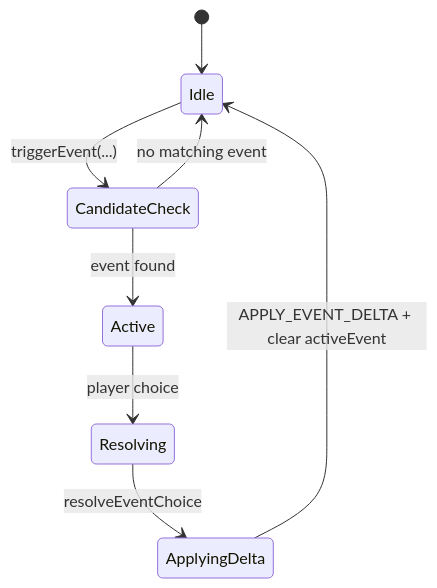
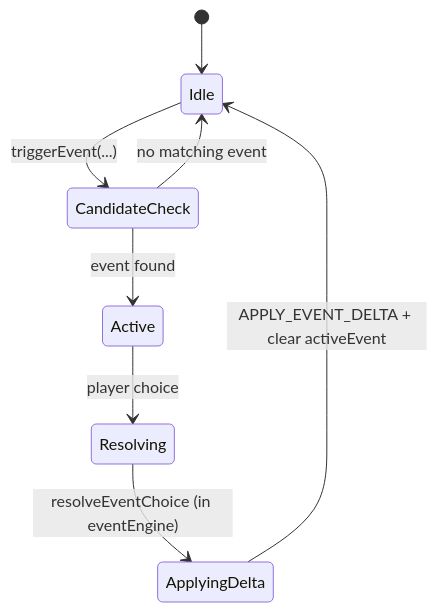
Before and after one commit to DaFum/neurotoxic-game: the second of 2 diagrams in docs/STATE_TRANSITIONS.md, drawn with Mermaid. The commit also changed 2 other files, not shown here.

Commit message:
docs: update AGENTS.md, ARCHITECTURE.md, and STATE_TRANSITIONS.md to match codebase
- Updated `AGENTS.md` to reflect new directory structure (audio utils, stage utils).
- Updated `docs/ARCHITECTURE.md` to include `src/utils/audio/` and `src/components/stage/utils.js` and remove obsolete `eventResolver.js`.
- Updated `docs/STATE_TRANSITIONS.md` to reference `eventEngine.js` for event resolution logic.
- Ensured consistency between documentation and actual codebase structure following recent refactors.

````diff
--- a/docs/STATE_TRANSITIONS.md
+++ b/docs/STATE_TRANSITIONS.md
@@ -45,10 +45,10 @@
 ```mermaid
 stateDiagram-v2
     [*] --> Idle
     Idle --> CandidateCheck: triggerEvent(...)
     CandidateCheck --> Idle: no matching event
     CandidateCheck --> Active: event found
     Active --> Resolving: player choice
-    Resolving --> ApplyingDelta: resolveEventChoice
+    Resolving --> ApplyingDelta: resolveEventChoice (in eventEngine)
     ApplyingDelta --> Idle: APPLY_EVENT_DELTA + clear activeEvent
 ```
````
